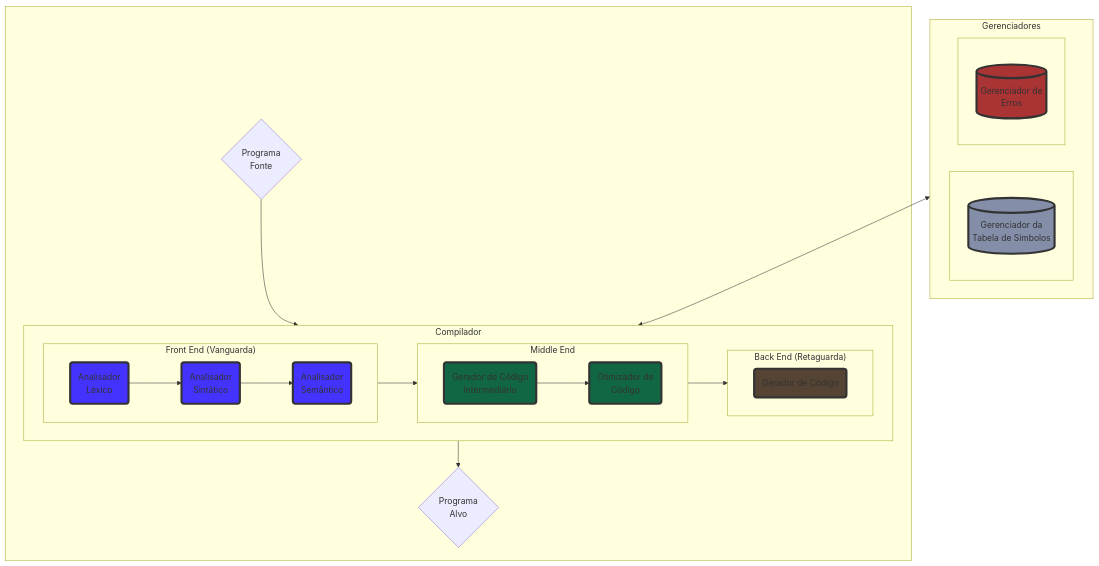
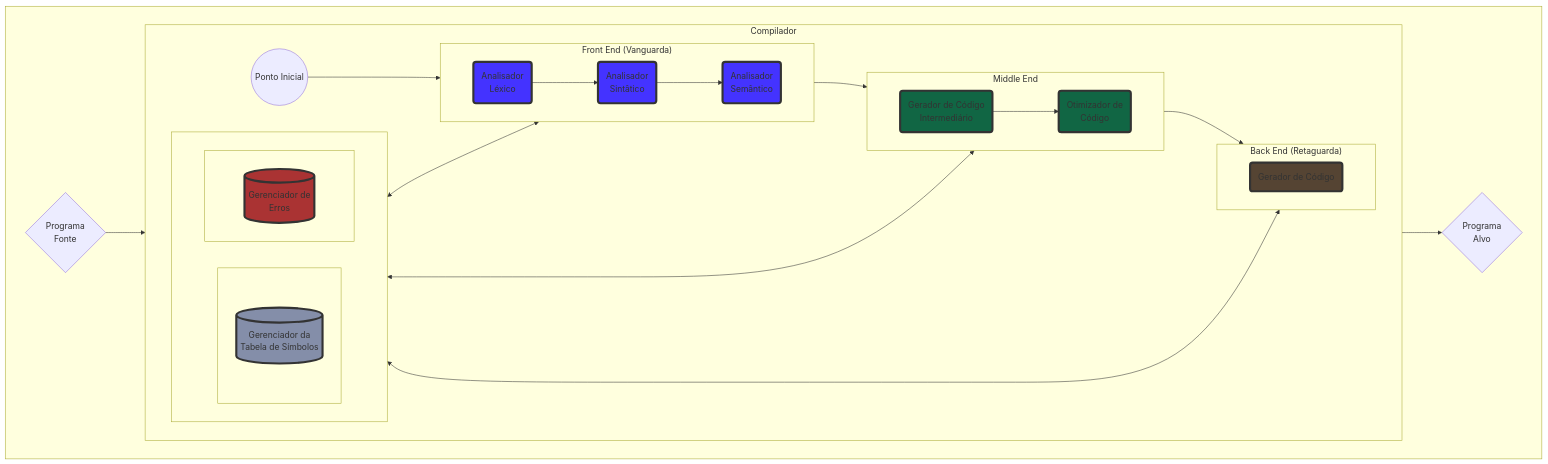
One commit to Programando-o-Mundo/Microfundamentos-Compiladores changed the second of 4 diagrams in Introducao.md. Above: the diagram before and after it, drawn with Mermaid. The commit also changed other lines of this file, not shown here.

````diff
--- a/Introducao.md
+++ b/Introducao.md
@@ -96,69 +96,73 @@
 ```mermaid
 flowchart TD
     B(Analisador \n Léxico)
     A{Programa \n Fonte} 
     C(Analisador \nSintâtico)
     D(Analisador \nSemântico)
     E(Gerador de Código \n Intermediário)
     F(Otimizador de \nCódigo)
     G(Gerador de Código)
     H{Programa \n Alvo}
 
     Tab[(Gerenciador da \n Tabela de Símbolos)]
+
+    Inicio((Ponto Inicial))
 
     subgraph FrontEnd [" Front End (Vanguarda) "]
     direction LR
     B --> C
     C --> D
     end 
 
     subgraph MiddleEnd [" Middle End"]
     direction LR
     E --> F
     end
 
     subgraph BackEnd [" Back End (Retaguarda) "]
     direction LR
     G 
     end 
 
     Err[(Gerenciador de \n Erros)]
 
     subgraph Tabela [" "]
         Tab
     end 
 
+    subgraph Gerenciadores [" "]
+        Tabela
+        Erros 
+    end 
+
     subgraph Compilador [" Compilador "]
+        direction LR
+        Inicio --> FrontEnd
         FrontEnd --> MiddleEnd
         MiddleEnd --> BackEnd
+        Gerenciadores <--> FrontEnd
+        Gerenciadores <--> MiddleEnd
+        Gerenciadores <--> BackEnd
     end 
 
     subgraph core [" "]
         A --> Compilador
         Compilador --> H
     end 
 
     subgraph Erros [" "]
         Err 
     end 
 
-    subgraph Gerenciadores
-        Tabela
-        Erros 
-    end 
-
-
-    Gerenciadores <--> Compilador  
-
-
     
 
     style B fill:#43f,stroke:#333,stroke-width:4px
     style C fill:#43f,stroke:#333,stroke-width:4px
     style D fill:#43f,stroke:#333,stroke-width:4px
     style E fill:#164f,stroke:#333,stroke-width:4px
     style F fill:#164f,stroke:#333,stroke-width:4px
     style G fill:#543,stroke:#333,stroke-width:4px
     style Err fill:#a33,stroke:#333,stroke-width:4px
     style Tab fill:#3489,stroke:#333,stroke-width:4px
+
 ```
````
